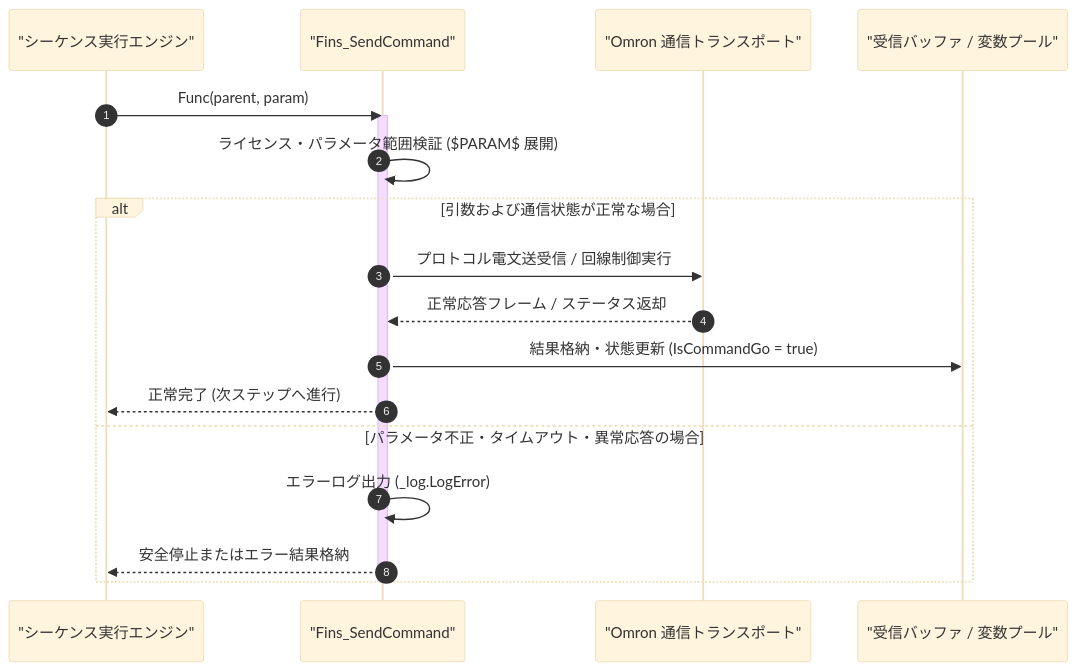
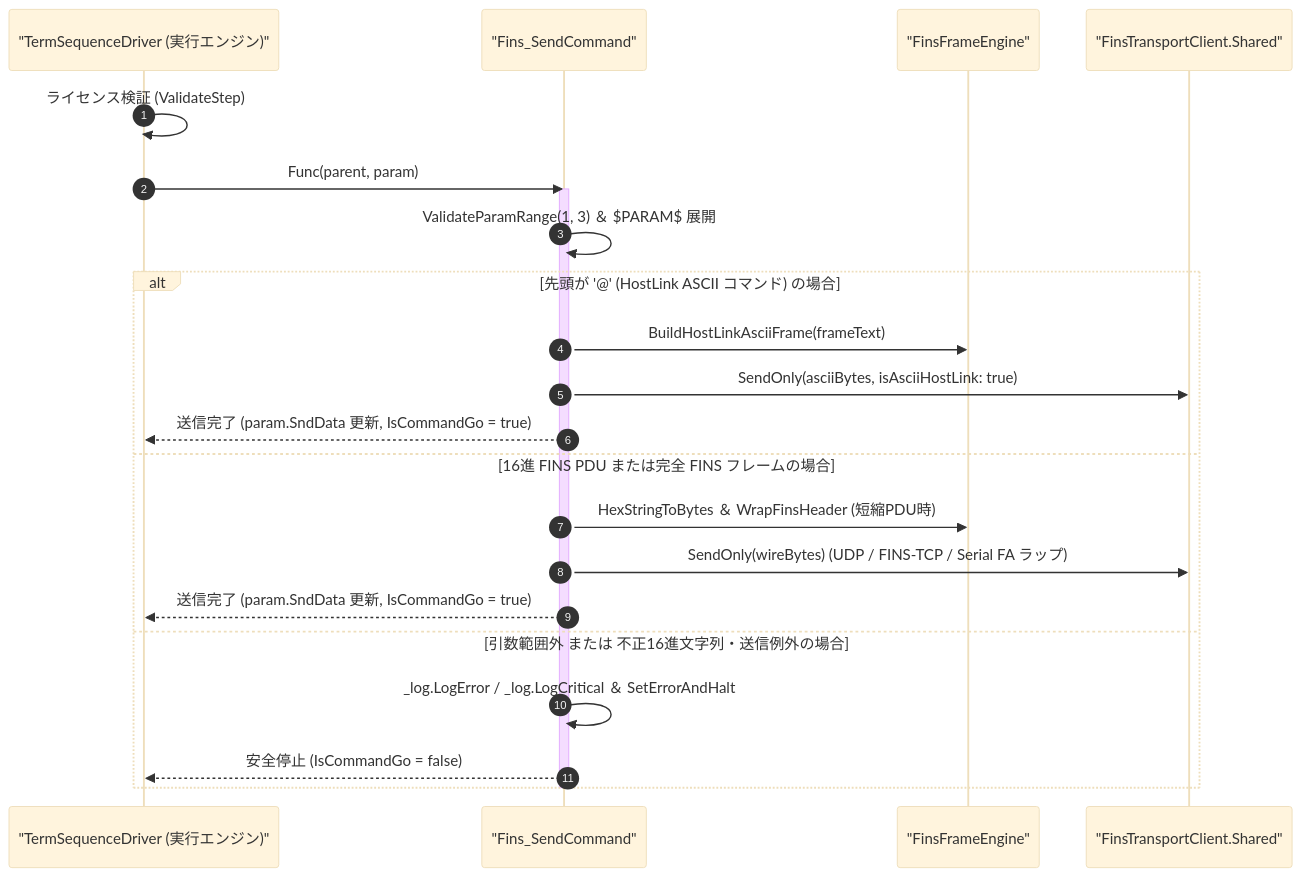
Before and after one commit to Monaca-App/TermAddIn: the diagram in Manual/Omron/Fins_Send.Md, drawn with Mermaid (base theme). The commit also changed other lines of this file and 157 other files, not shown here.

````diff
--- a/Manual/Omron/Fins_Send.Md
+++ b/Manual/Omron/Fins_Send.Md
@@ -65,22 +71,26 @@
 ```mermaid
 sequenceDiagram
     autonumber
-    participant Script as "シーケンス実行エンジン"
+    participant Driver as "TermSequenceDriver (実行エンジン)"
     participant Cmd as "Fins_SendCommand"
-    participant Trans as "Omron 通信トランスポート"
-    participant Buf as "受信バッファ / 変数プール"
+    participant Engine as "FinsFrameEngine"
+    participant Trans as "FinsTransportClient.Shared"
 
-    Script->>Cmd: Func(parent, param)
+    Driver->>Driver: ライセンス検証 (ValidateStep)
+    Driver->>Cmd: Func(parent, param)
     activate Cmd
-    Cmd->>Cmd: ライセンス・パラメータ範囲検証 ($PARAM$ 展開)
-    alt 引数および通信状態が正常な場合
-        Cmd->>Trans: プロトコル電文送受信 / 回線制御実行
-        Trans-->>Cmd: 正常応答フレーム / ステータス返却
-        Cmd->>Buf: 結果格納・状態更新 (IsCommandGo = true)
-        Cmd-->>Script: 正常完了 (次ステップへ進行)
-    else パラメータ不正・タイムアウト・異常応答の場合
-        Cmd->>Cmd: エラーログ出力 (_log.LogError)
-        Cmd-->>Script: 安全停止またはエラー結果格納
+    Cmd->>Cmd: ValidateParamRange(1, 3) ＆ $PARAM$ 展開
+    alt 先頭が '@' (HostLink ASCII コマンド) の場合
+        Cmd->>Engine: BuildHostLinkAsciiFrame(frameText)
+        Cmd->>Trans: SendOnly(asciiBytes, isAsciiHostLink: true)
+        Cmd-->>Driver: 送信完了 (param.SndData 更新, IsCommandGo = true)
+    else 16進 FINS PDU または完全 FINS フレームの場合
+        Cmd->>Engine: HexStringToBytes ＆ WrapFinsHeader (短縮PDU時)
+        Cmd->>Trans: SendOnly(wireBytes) (UDP / FINS-TCP / Serial FA ラップ)
+        Cmd-->>Driver: 送信完了 (param.SndData 更新, IsCommandGo = true)
+    else 引数範囲外 または 不正16進文字列・送信例外の場合
+        Cmd->>Cmd: _log.LogError / _log.LogCritical ＆ SetErrorAndHalt
+        Cmd-->>Driver: 安全停止 (IsCommandGo = false)
     end
     deactivate Cmd
 ```
````
